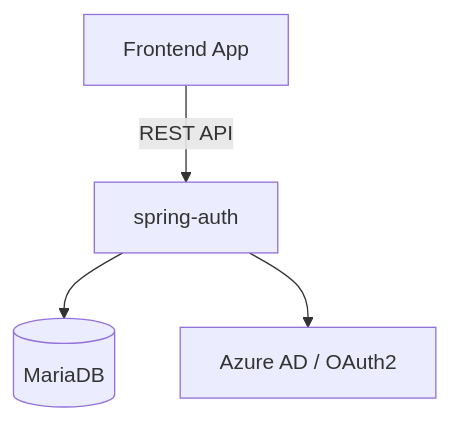
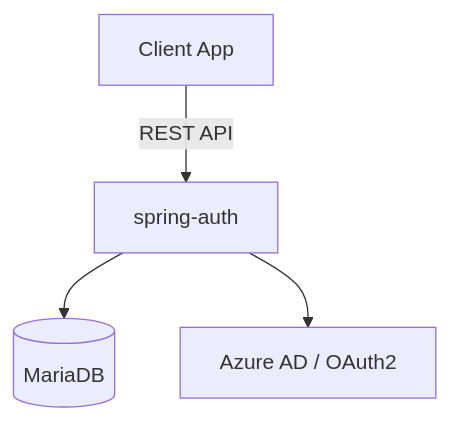
Before and after one commit to OrifInformatique/spring-auth: the first of 10 diagrams in docs/process-documentation.md, drawn with Mermaid. The commit also changed other lines of this file, not shown here.

Commit message:
doc: minor update to spring-auth general informations

````diff
--- a/docs/process-documentation.md
+++ b/docs/process-documentation.md
@@ -75,6 +75,6 @@
 ```mermaid
 graph TD
-    A[Frontend App] -->|REST API| B[spring-auth]
+    A[Client App] -->|REST API| B[spring-auth]
     B --> C[(MariaDB)]
     B --> D[Azure AD / OAuth2]
 ```
````
